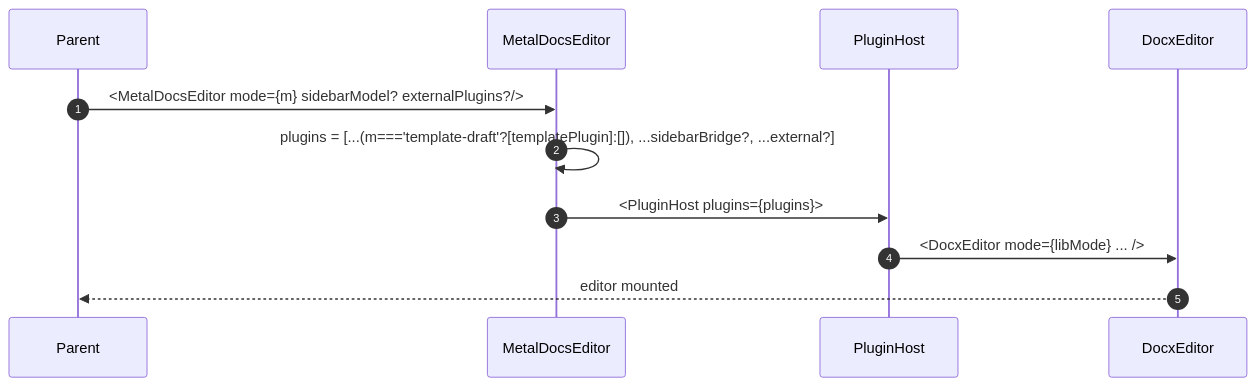
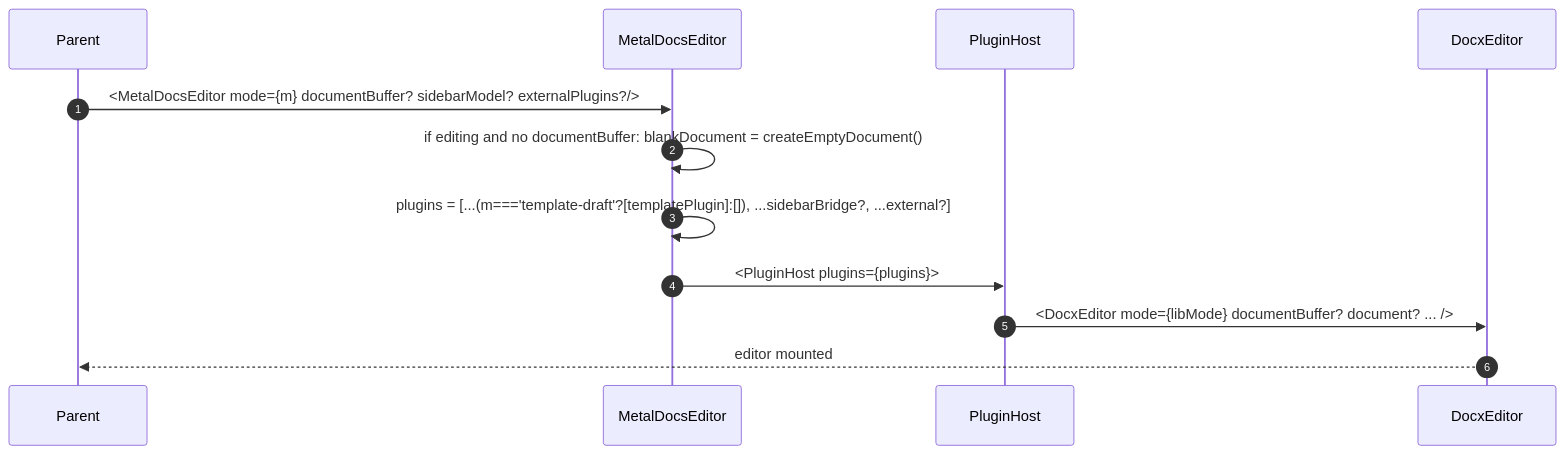
One commit to developmentconexus-ops/MetalDocs changed the fourth of 5 diagrams in wiki/modules/editor-ui-eigenpal.md. Above: the diagram before and after it, drawn with Mermaid. The commit also changed other lines of this file and 116 other files, not shown here.

````diff
--- a/wiki/modules/editor-ui-eigenpal.md
+++ b/wiki/modules/editor-ui-eigenpal.md
@@ -199,13 +203,14 @@
 ```mermaid
 sequenceDiagram
     autonumber
     participant Parent
     participant Wrap as MetalDocsEditor
     participant PH as PluginHost
     participant Eig as DocxEditor
-    Parent->>Wrap: <MetalDocsEditor mode={m} sidebarModel? externalPlugins?/>
+    Parent->>Wrap: <MetalDocsEditor mode={m} documentBuffer? sidebarModel? externalPlugins?/>
+    Wrap->>Wrap: if editing and no documentBuffer: blankDocument = createEmptyDocument()
     Wrap->>Wrap: plugins = [...(m==='template-draft'?[templatePlugin]:[]), ...sidebarBridge?, ...external?]
     Wrap->>PH: <PluginHost plugins={plugins}>
-    PH->>Eig: <DocxEditor mode={libMode} ... />
+    PH->>Eig: <DocxEditor mode={libMode} documentBuffer? document? ... />
     Eig-->>Parent: editor mounted
 ```
````
